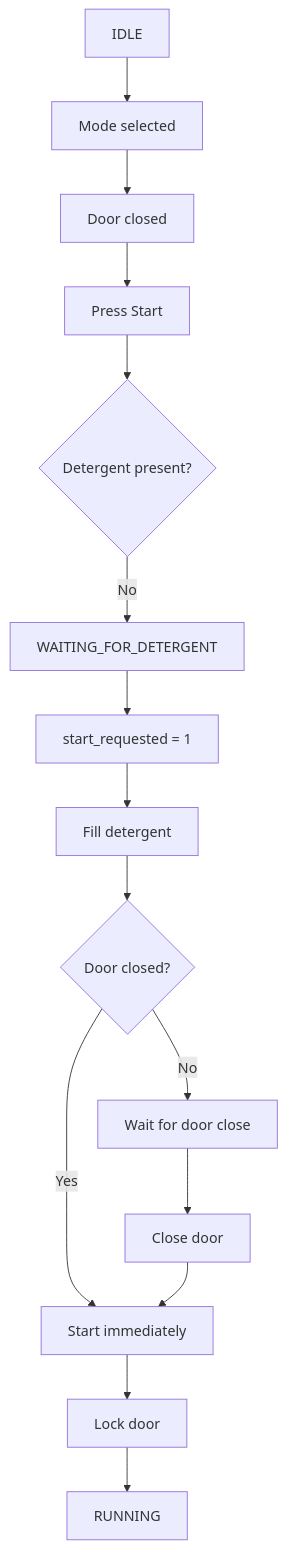
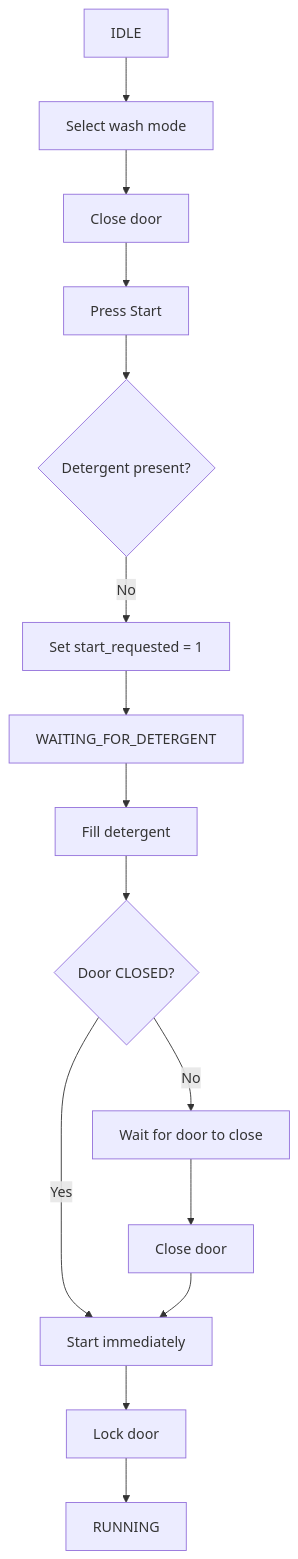
One commit to BMMADHUMITHA/weighted_rr changed diagram 11 of 13 in README.md. Above: the diagram before and after it, drawn with Mermaid. The commit also changed other lines of this file, not shown here.

````diff
--- a/README.md
+++ b/README.md
@@ -678,17 +890,17 @@
 ``` mermaid
 flowchart TD
-    A[IDLE] --> B[Mode selected]
-    B --> C[Door closed]
+    A[IDLE] --> B[Select wash mode]
+    B --> C[Close door]
     C --> D[Press Start]
     D --> E{Detergent present?}
-    E -- No --> F[WAITING_FOR_DETERGENT]
-    F --> G[start_requested = 1]
+    E -- No --> F[Set start_requested = 1]
+    F --> G[WAITING_FOR_DETERGENT]
     G --> H[Fill detergent]
-    H --> I{Door closed?}
-    I -- No --> J[Wait for door close]
-    J --> K[Close door]
-    I -- Yes --> L[Start immediately]
-    K --> L
-    L --> M[Lock door]
-    M --> N[RUNNING]
+    H --> I{Door CLOSED?}
+    I -- Yes --> J[Start immediately]
+    J --> K[Lock door]
+    K --> L[RUNNING]
+    I -- No --> M[Wait for door to close]
+    M --> N[Close door]
+    N --> J
 ```
````
